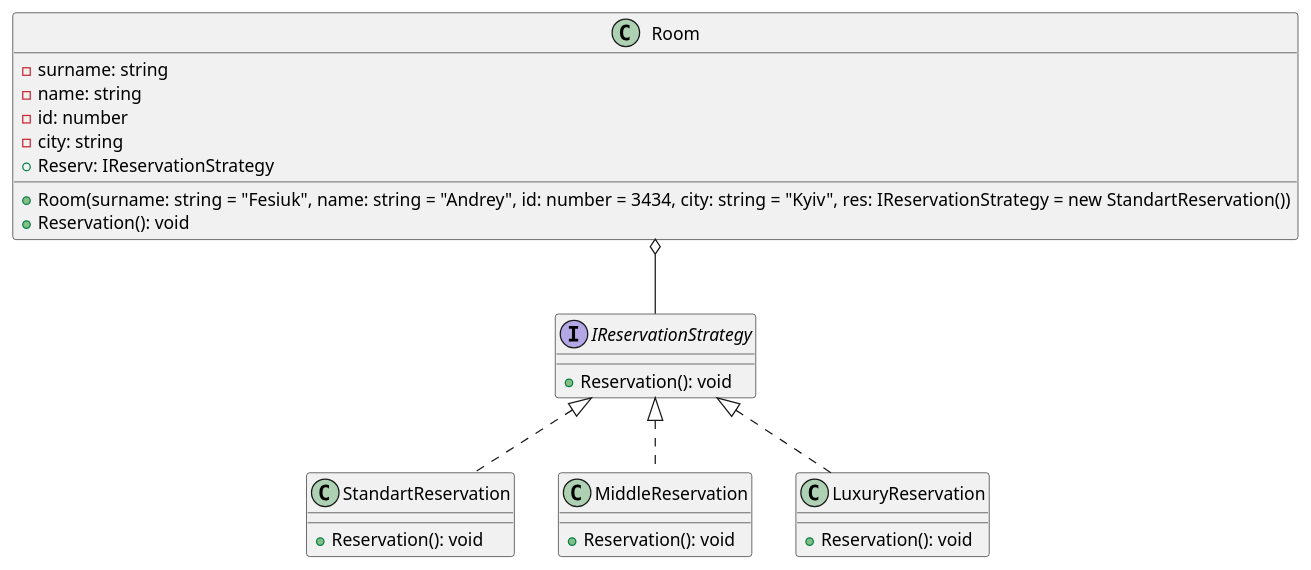
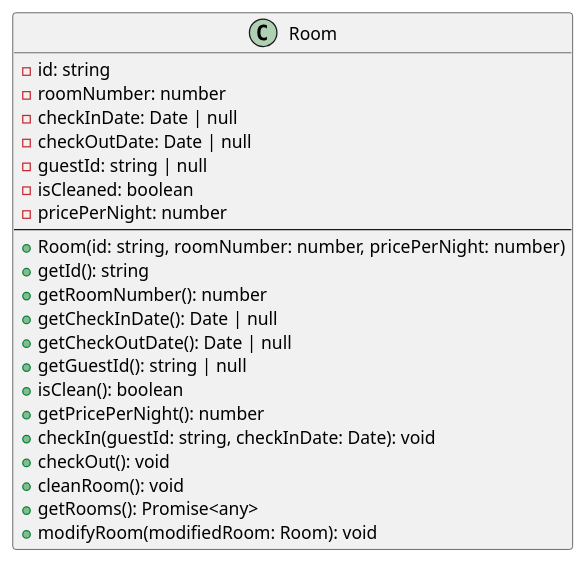
Before and after one commit to indian0ch/HotelInformalSystem: the diagram in public/new.plantuml, drawn with PlantUML. The commit also changed other lines of this file and 403 other files, not shown here.

```diff
--- a/public/new.plantuml
+++ b/public/new.plantuml
@@ -1,35 +1,27 @@
 @startuml
 
-interface IReservationStrategy {
-  +Reservation(): void
+class Room {
+  - id: string
+  - roomNumber: number
+  - checkInDate: Date | null
+  - checkOutDate: Date | null
+  - guestId: string | null
+  - isCleaned: boolean
+  - pricePerNight: number
+  --
+  + Room(id: string, roomNumber: number, pricePerNight: number)
+  + getId(): string
+  + getRoomNumber(): number
+  + getCheckInDate(): Date | null
+  + getCheckOutDate(): Date | null
+  + getGuestId(): string | null
+  + isClean(): boolean
+  + getPricePerNight(): number
+  + checkIn(guestId: string, checkInDate: Date): void
+  + checkOut(): void
+  + cleanRoom(): void
+  + getRooms(): Promise<any>
+  + modifyRoom(modifiedRoom: Room): void
 }
 
-class StandartReservation {
-  +Reservation(): void
-}
-
-class MiddleReservation {
-  +Reservation(): void
-}
-
-class LuxuryReservation {
-  +Reservation(): void
-}
-
-class Room {
-  -surname: string
-  -name: string
-  -id: number
-  -city: string
-  +Reserv: IReservationStrategy
-
-  +Room(surname: string = "Fesiuk", name: string = "Andrey", id: number = 3434, city: string = "Kyiv", res: IReservationStrategy = new StandartReservation())
-  +Reservation(): void
-}
-
-IReservationStrategy <|.. StandartReservation
-IReservationStrategy <|.. MiddleReservation
-IReservationStrategy <|.. LuxuryReservation
-Room o-- IReservationStrategy
-
 @enduml
```
